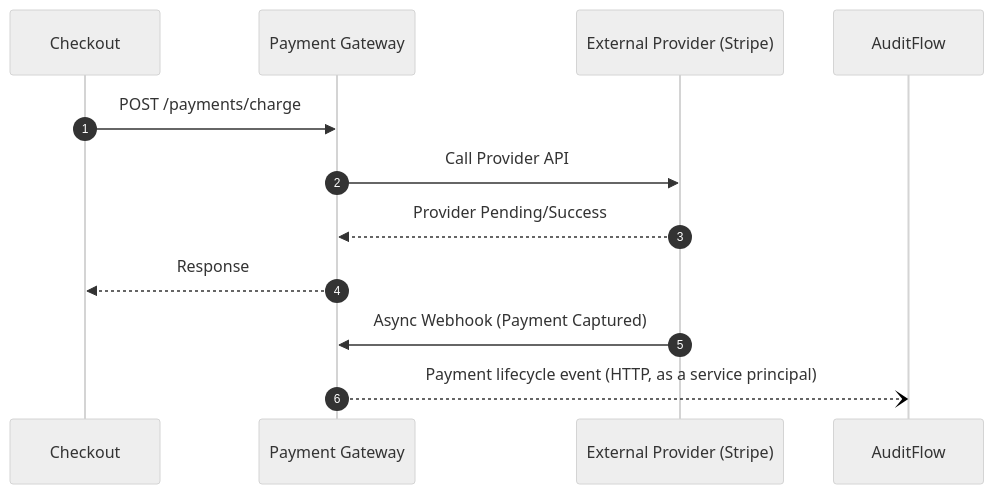
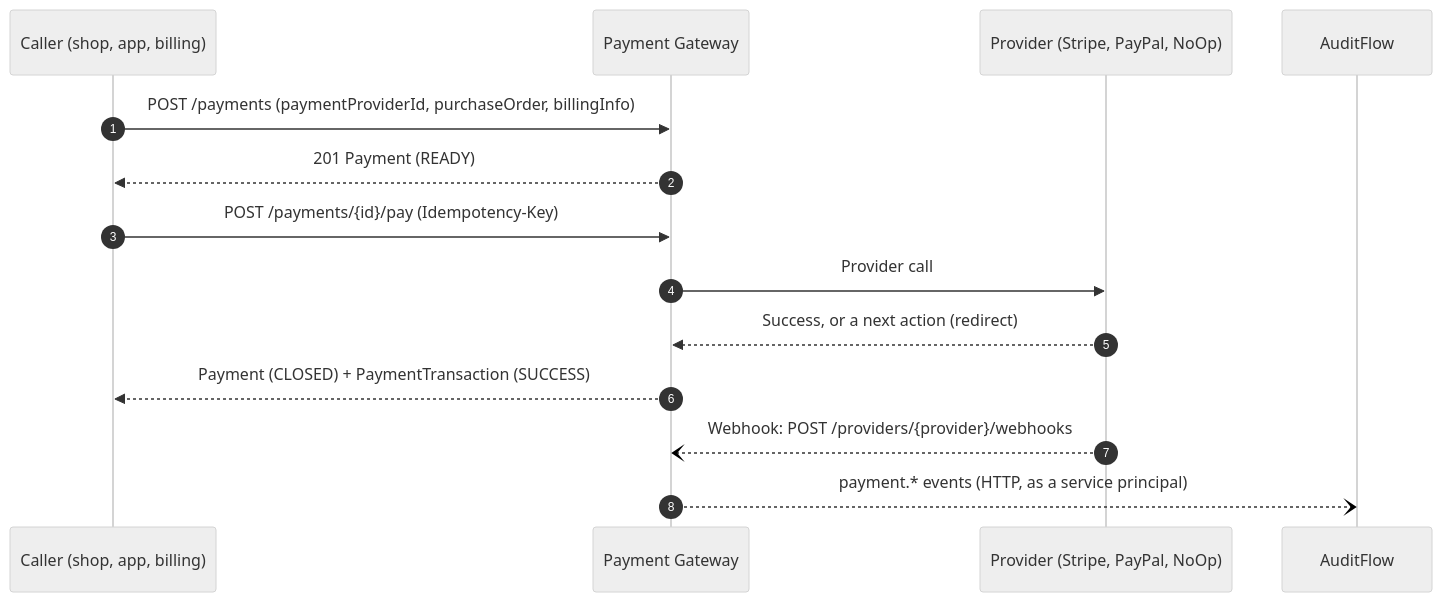
Before and after one commit to Labs64/labs64.io-docs: the diagram in modules/payment-gateway/index.md, drawn with Mermaid (neutral theme). The commit also changed other lines of this file and 5 other files, not shown here.

````diff
--- a/modules/payment-gateway/index.md
+++ b/modules/payment-gateway/index.md
@@ -24,16 +27,17 @@
 ```mermaid
 sequenceDiagram
     autonumber
-    participant CO as Checkout
+    participant C as Caller (shop, app, billing)
     participant PG as Payment Gateway
-    participant PSP as External Provider (Stripe)
+    participant PSP as Provider (Stripe, PayPal, NoOp)
     participant AF as AuditFlow
 
-    CO->>PG: POST /payments/charge
-    PG->>PSP: Call Provider API
-    PSP-->>PG: Provider Pending/Success
-    PG-->>CO: Response
-    
-    PSP->>PG: Async Webhook (Payment Captured)
-    PG--)AF: Payment lifecycle event (HTTP, as a service principal)
+    C->>PG: POST /payments (paymentProviderId, purchaseOrder, billingInfo)
+    PG-->>C: 201 Payment (READY)
+    C->>PG: POST /payments/{id}/pay (Idempotency-Key)
+    PG->>PSP: Provider call
+    PSP-->>PG: Success, or a next action (redirect)
+    PG-->>C: Payment (CLOSED) + PaymentTransaction (SUCCESS)
+    PSP--)PG: Webhook: POST /providers/{provider}/webhooks
+    PG--)AF: payment.* events (HTTP, as a service principal)
 ```
````
